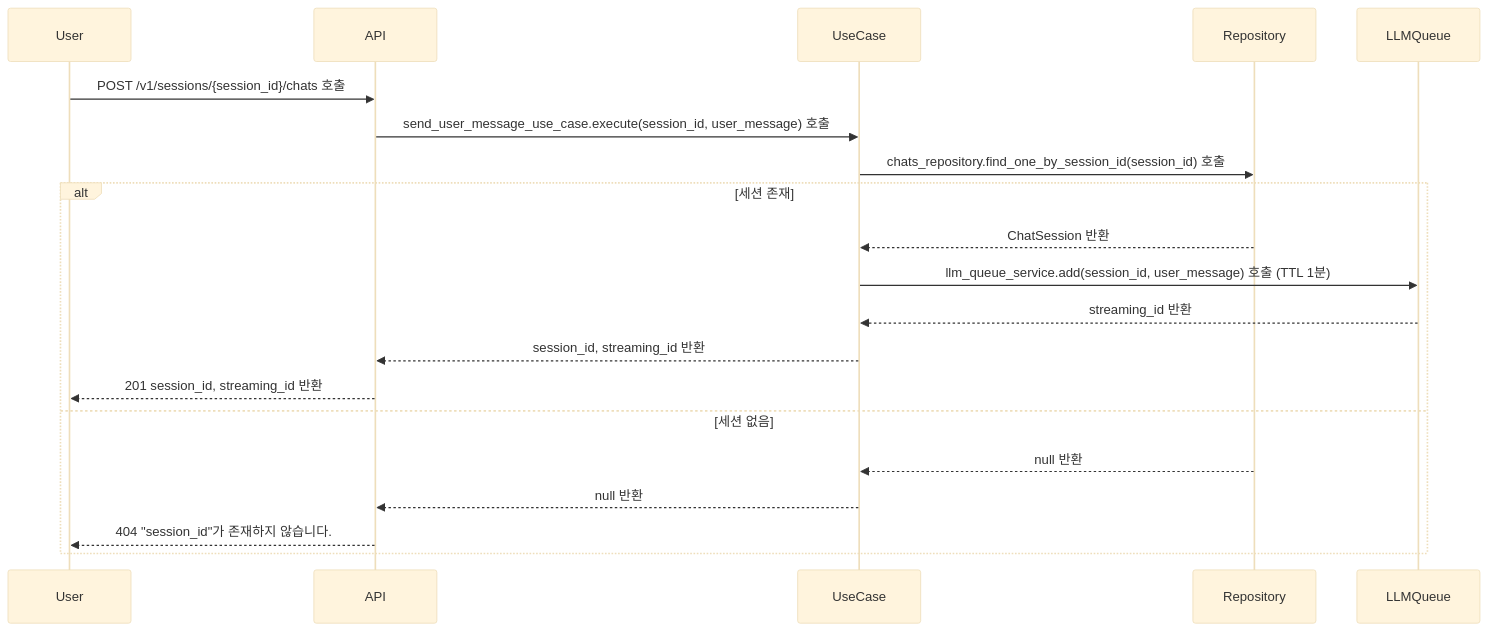
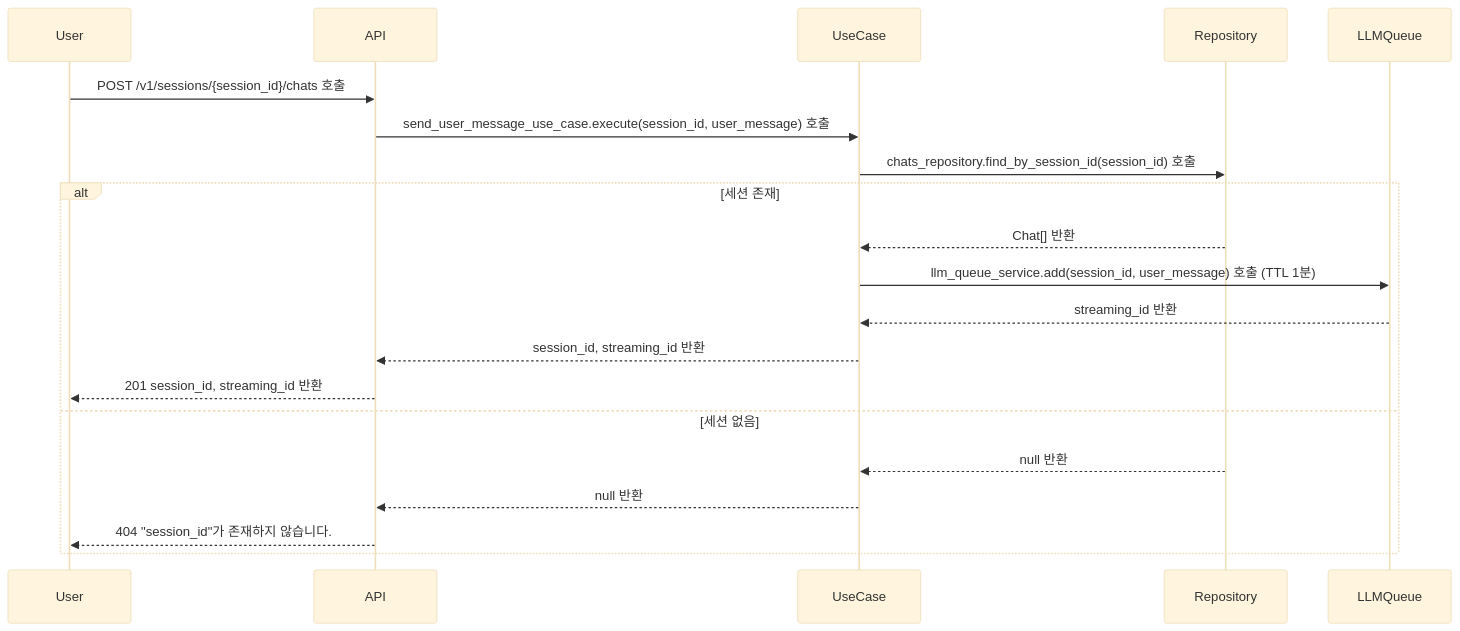
The third of 5 diagrams in README.md (JeHwanYoo/naver-smart-store-rag-chatbot), drawn with Mermaid (base theme) before and after one commit. The commit also changed other lines of this file, not shown here.

First line of the commit message:
🐛fix(README): 시퀀스 다이어그램 설계 미스 수정

````diff
--- a/README.md
+++ b/README.md
@@ -241,17 +241,17 @@
 ```mermaid
 sequenceDiagram
     User ->> API: POST /v1/sessions/{session_id}/chats 호출
     API ->> UseCase: send_user_message_use_case.execute(session_id, user_message) 호출
-    UseCase ->> Repository: chats_repository.find_one_by_session_id(session_id) 호출
+    UseCase ->> Repository: chats_repository.find_by_session_id(session_id) 호출
     alt 세션 존재
-        Repository -->> UseCase: ChatSession 반환
+        Repository -->> UseCase: Chat[] 반환
         UseCase ->> LLMQueue: llm_queue_service.add(session_id, user_message) 호출 (TTL 1분)
         LLMQueue -->> UseCase: streaming_id 반환
         UseCase -->> API: session_id, streaming_id 반환
         API -->> User: 201 session_id, streaming_id 반환
     else 세션 없음
         Repository -->> UseCase: null 반환
         UseCase -->> API: null 반환
         API -->> User: 404 "session_id"가 존재하지 않습니다.
     end
 ```
````
